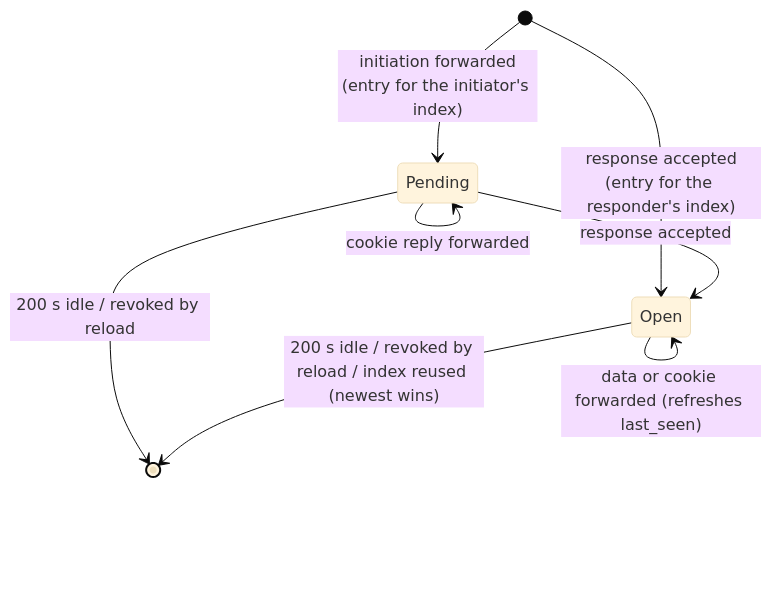
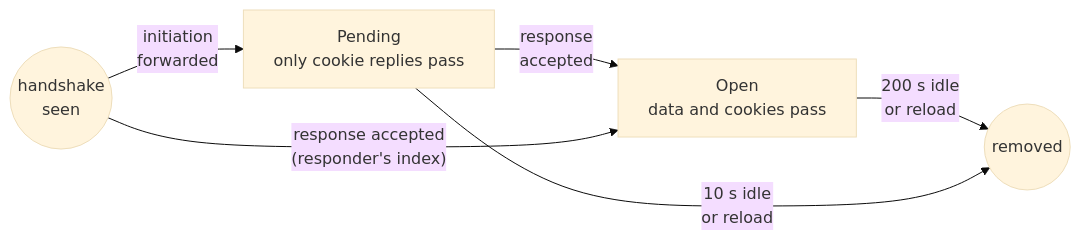
One commit to 3alpha/wg-relay changed diagram 11 of 22 in docs/how-it-works.md. Above: the diagram before and after it, drawn with Mermaid (base theme). The commit also changed other lines of this file, not shown here.

````diff
--- a/docs/how-it-works.md
+++ b/docs/how-it-works.md
@@ -243,10 +484,8 @@
 ```mermaid
-stateDiagram-v2
-    [*] --> Pending: initiation forwarded<br/>(entry for the initiator's index)
-    [*] --> Open: response accepted<br/>(entry for the responder's index)
-    Pending --> Open: response accepted
-    Pending --> Pending: cookie reply forwarded
-    Pending --> [*]: 200 s idle / revoked by reload
-    Open --> Open: data or cookie forwarded (refreshes last_seen)
-    Open --> [*]: 200 s idle / revoked by reload / index reused (newest wins)
+flowchart LR
+    NEW(("handshake<br/>seen")) -- "initiation<br/>forwarded" --> P["Pending<br/>only cookie replies pass"]
+    P -- "response<br/>accepted" --> O["Open<br/>data and cookies pass"]
+    NEW -- "response accepted<br/>(responder's index)" --> O
+    O -- "200 s idle<br/>or reload" --> GONE(("removed"))
+    P -- "10 s idle<br/>or reload" --> GONE
 ```
````
